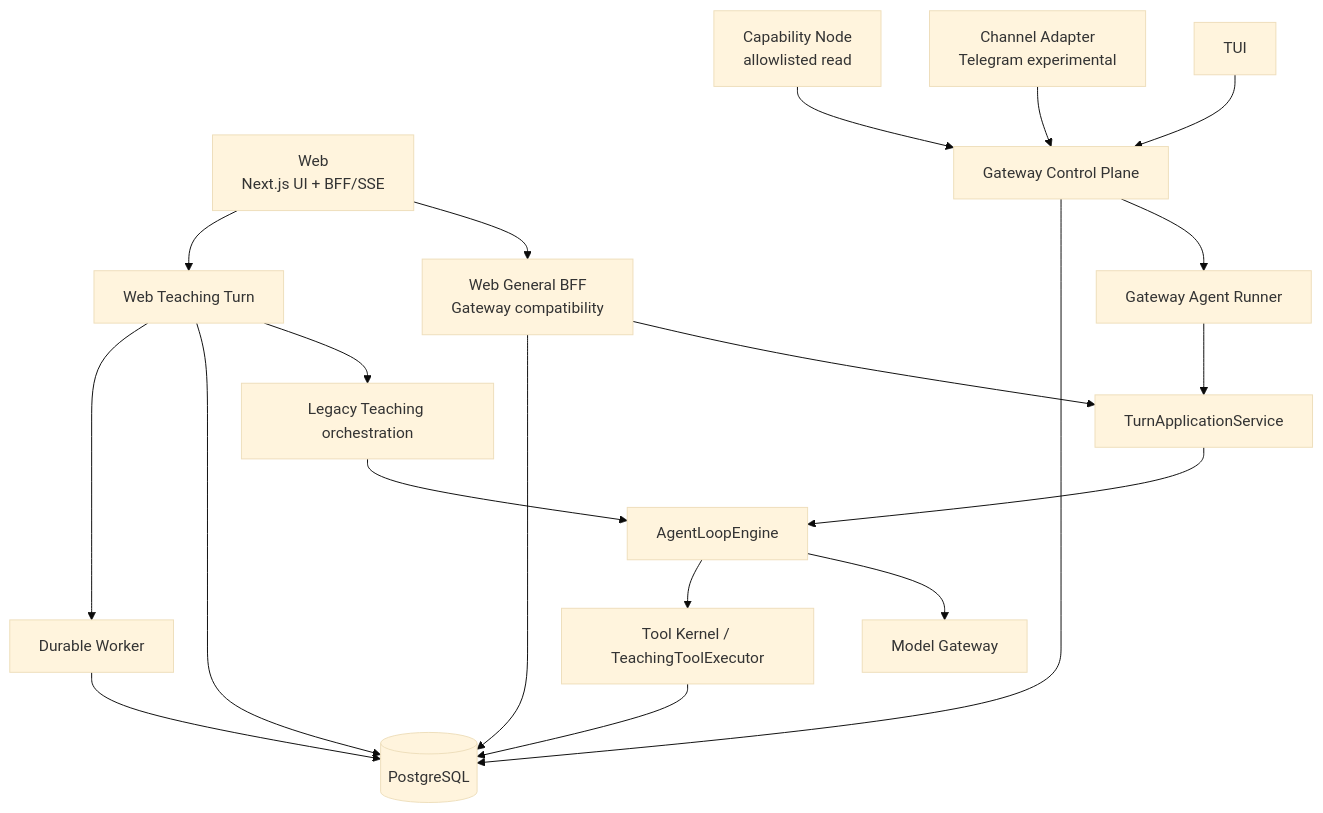
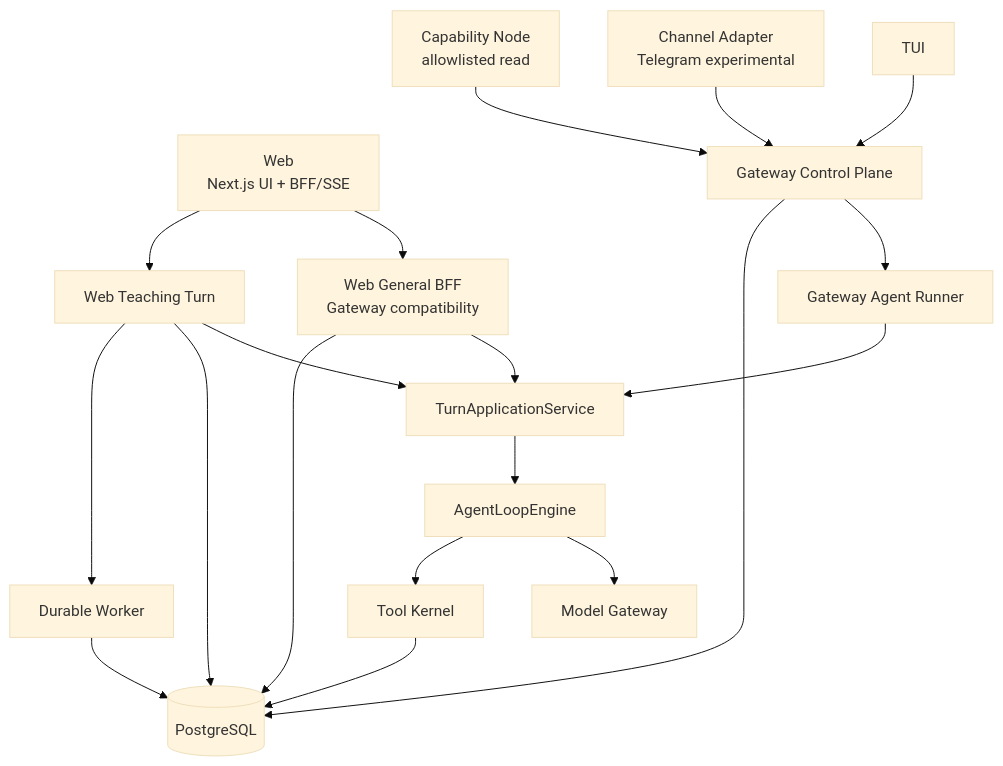
Before and after one commit to Timcai06/EduCanvas: the diagram in docs/02-architecture/01-系统架构现状.md, drawn with Mermaid (base theme). The commit also changed other lines of this file and 23 other files, not shown here.

Commit message:
功能: 统一 Web 教学 Turn 与工具内核 (#124)

````diff
--- a/docs/02-architecture/01-系统架构现状.md
+++ b/docs/02-architecture/01-系统架构现状.md
@@ -20,29 +20,28 @@
 ```mermaid
 flowchart TB
     Web["Web\nNext.js UI + BFF/SSE"]
     TUI["TUI"]
     Channel["Channel Adapter\nTelegram experimental"]
     Node["Capability Node\nallowlisted read"]
 
     Web --> WebGeneral["Web General BFF\nGateway compatibility"]
     Web --> WebTeaching["Web Teaching Turn"]
     WebGeneral --> TurnApp
-    WebTeaching --> TeachingLoop["Legacy Teaching orchestration"]
+    WebTeaching --> TurnApp
 
     TUI --> Gateway["Gateway Control Plane"]
     Channel --> Gateway
     Node --> Gateway
     Gateway --> GatewayRunner["Gateway Agent Runner"]
     GatewayRunner --> TurnApp["TurnApplicationService"]
     TurnApp --> Loop["AgentLoopEngine"]
-    TeachingLoop --> Loop
 
     Loop --> Model["Model Gateway"]
-    Loop --> Tools["Tool Kernel / TeachingToolExecutor"]
+    Loop --> Tools["Tool Kernel"]
     Gateway --> DB[(PostgreSQL)]
     WebGeneral --> DB
     WebTeaching --> DB
     Tools --> DB
     WebTeaching --> Worker["Durable Worker"]
     Worker --> DB
 ```
````
